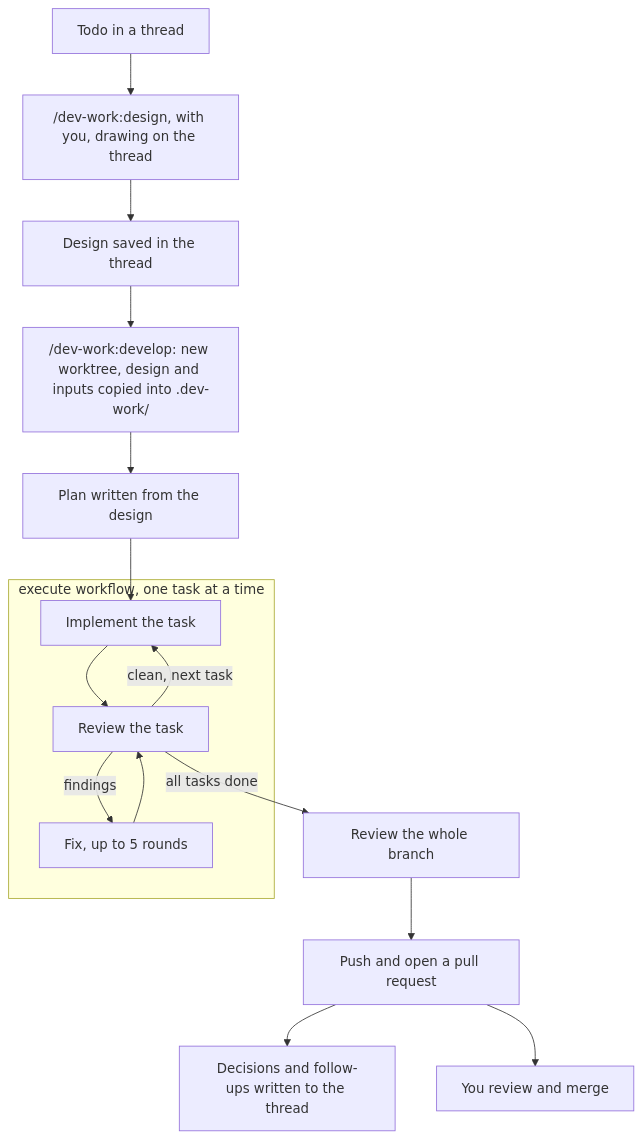
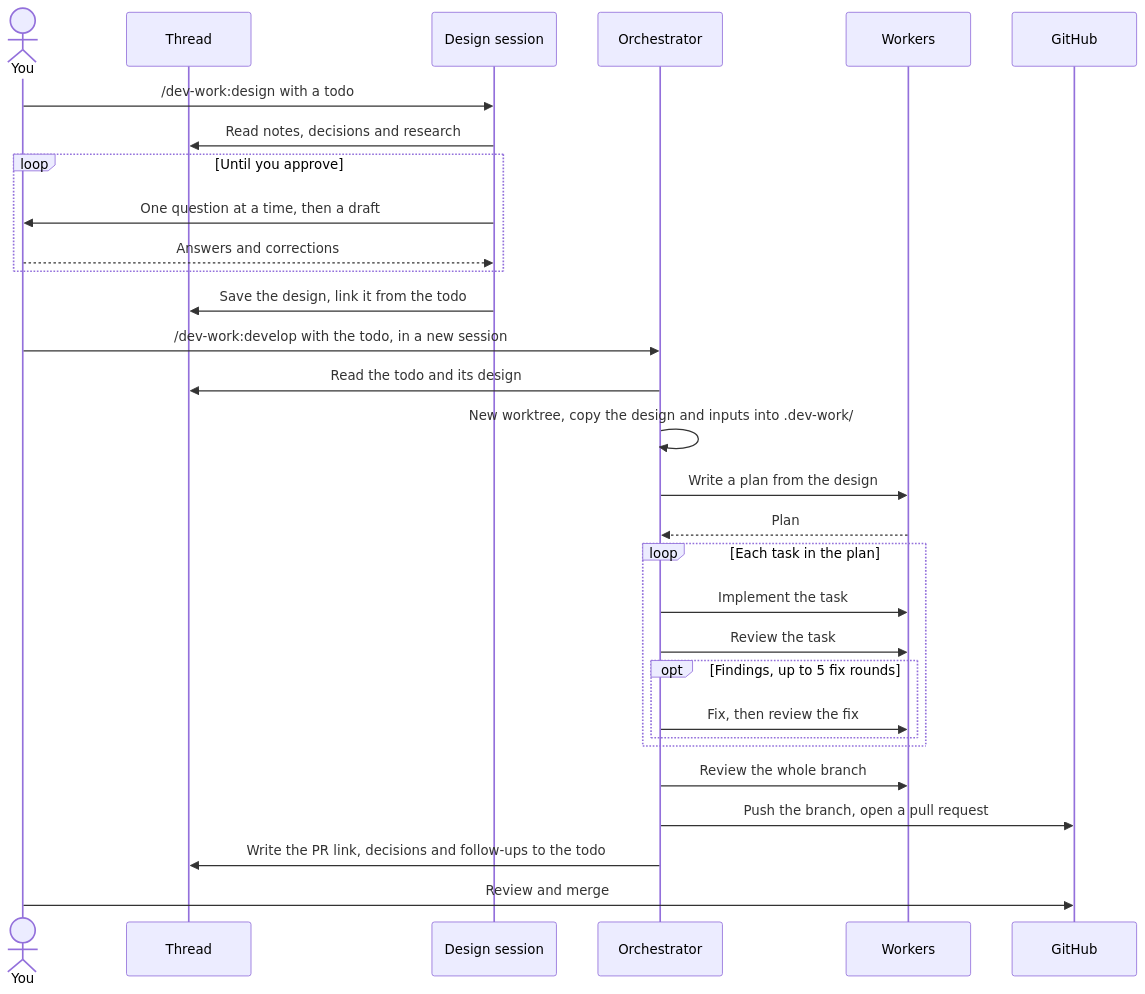
The diagram in README.md (sebmartin/dev-work), drawn with Mermaid before and after one commit.

Commit message:
Show the README's flow as a sequence diagram

````diff
--- a/README.md
+++ b/README.md
@@ -14,18 +14,34 @@
 ```mermaid
-flowchart TD
-    T["Todo in a thread"] --> D["/dev-work:design, with you, drawing on the thread"]
-    D --> DS["Design saved in the thread"]
-    DS --> S["/dev-work:develop: new worktree, design and inputs copied into .dev-work/"]
-    S --> P["Plan written from the design"]
-    P --> I
-    subgraph E["execute workflow, one task at a time"]
-        I["Implement the task"] --> R["Review the task"]
-        R -->|"findings"| F["Fix, up to 5 rounds"]
-        F --> R
-        R -->|"clean, next task"| I
+sequenceDiagram
+    actor You
+    participant T as Thread
+    participant D as Design session
+    participant O as Orchestrator
+    participant W as Workers
+    participant G as GitHub
+
+    You->>D: /dev-work:design with a todo
+    D->>T: Read notes, decisions and research
+    loop Until you approve
+        D->>You: One question at a time, then a draft
+        You-->>D: Answers and corrections
     end
-    R -->|"all tasks done"| FR["Review the whole branch"]
-    FR --> PR["Push and open a pull request"]
-    PR --> W["Decisions and follow-ups written to the thread"]
-    PR --> M["You review and merge"]
+    D->>T: Save the design, link it from the todo
+
+    You->>O: /dev-work:develop with the todo, in a new session
+    O->>T: Read the todo and its design
+    O->>O: New worktree, copy the design and inputs into .dev-work/
+    O->>W: Write a plan from the design
+    W-->>O: Plan
+    loop Each task in the plan
+        O->>W: Implement the task
+        O->>W: Review the task
+        opt Findings, up to 5 fix rounds
+            O->>W: Fix, then review the fix
+        end
+    end
+    O->>W: Review the whole branch
+    O->>G: Push the branch, open a pull request
+    O->>T: Write the PR link, decisions and follow-ups to the todo
+    You->>G: Review and merge
 ```
````
